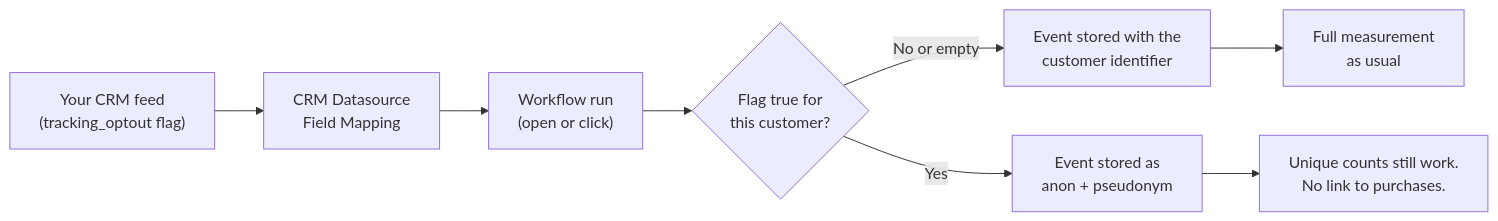
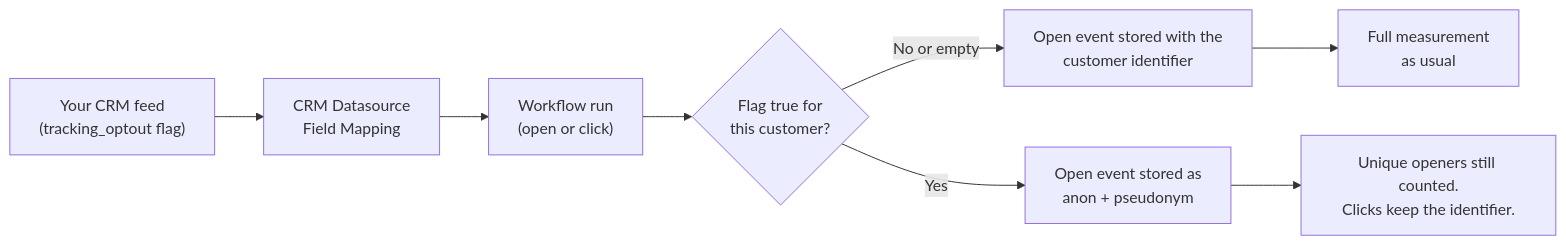
One commit to reelevant-tech/product-documentation changed the diagram in advanced-guide/datahub/tracking-opt-out.mdx. Above: the diagram before and after it, drawn with Mermaid. The commit also changed other lines of this file and 5 other files, not shown here.

````diff
--- a/advanced-guide/datahub/tracking-opt-out.mdx
+++ b/advanced-guide/datahub/tracking-opt-out.mdx
@@ -19,10 +19,10 @@
 ```mermaid
 flowchart LR
     CRM["Your CRM feed<br/>(tracking_optout flag)"] --> DS["CRM Datasource<br/>Field Mapping"]
     DS --> WF["Workflow run<br/>(open or click)"]
     WF --> DEC{"Flag true for<br/>this customer?"}
-    DEC -->|"No or empty"| RAW["Event stored with the<br/>customer identifier"]
-    DEC -->|"Yes"| ANON["Event stored as<br/>anon + pseudonym"]
-    ANON --> STATS["Unique counts still work.<br/>No link to purchases."]
+    DEC -->|"No or empty"| RAW["Open event stored with the<br/>customer identifier"]
+    DEC -->|"Yes"| ANON["Open event stored as<br/>anon + pseudonym"]
+    ANON --> STATS["Unique openers still counted.<br/>Clicks keep the identifier."]
     RAW --> STATS2["Full measurement<br/>as usual"]
 ```
````
